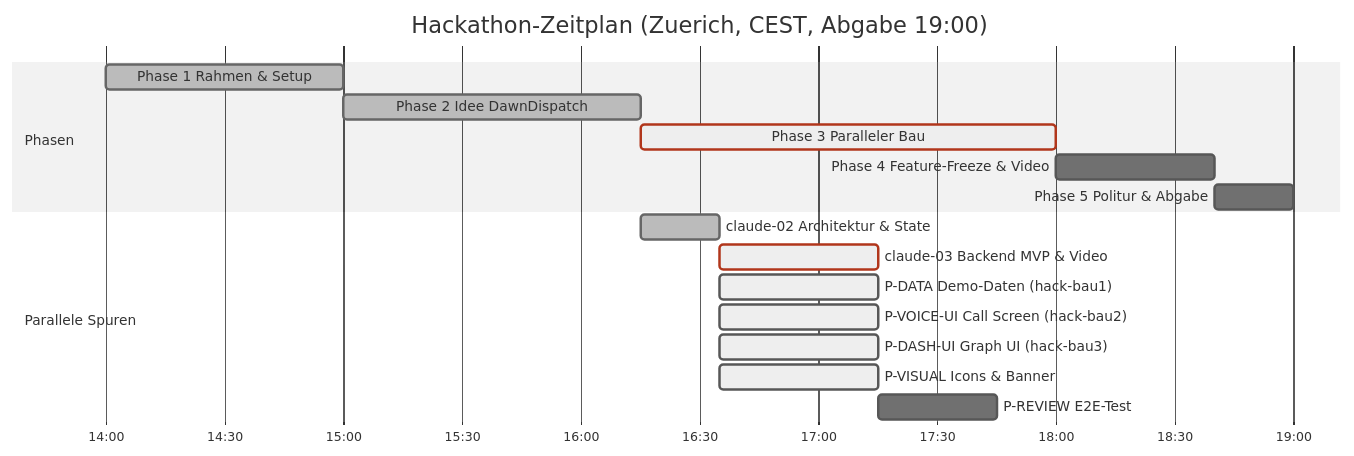
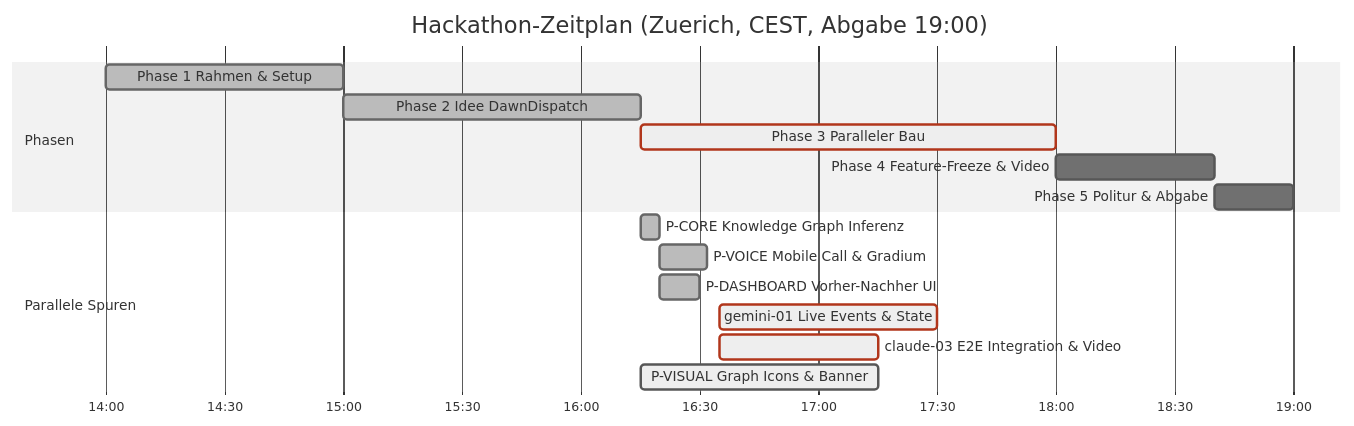
The diagram in STAND.md (Philipp2agent/agentic-hack-google), drawn with Mermaid (neutral theme) before and after one commit. The commit also changed other lines of this file, not shown here.

Commit message:
docs(stand,auftraege): claude-03 fuer E2E Integration & Video-Tools hinterlegt

````diff
--- a/STAND.md
+++ b/STAND.md
@@ -23,20 +22,19 @@
 ```mermaid
 gantt
   title Hackathon-Zeitplan (Zuerich, CEST, Abgabe 19:00)
   dateFormat HH:mm
   axisFormat %H:%M
   section Phasen
   Phase 1 Rahmen & Setup         :done, p1, 14:00, 15:00
   Phase 2 Idee DawnDispatch      :done, p2, 15:00, 16:15
   Phase 3 Paralleler Bau         :crit, active, p3, 16:15, 18:00
   Phase 4 Feature-Freeze & Video :p4, 18:00, 18:40
   Phase 5 Politur & Abgabe       :p5, 18:40, 19:00
   section Parallele Spuren
-  claude-02 Architektur & State   :done, c2, 16:15, 16:35
-  claude-03 Backend MVP & Video   :crit, active, c3, 16:35, 17:15
-  P-DATA Demo-Daten (hack-bau1)   :active, p_dat, 16:35, 17:15
-  P-VOICE-UI Call Screen (hack-bau2) :active, p_vui, 16:35, 17:15
-  P-DASH-UI Graph UI (hack-bau3)  :active, p_dui, 16:35, 17:15
-  P-VISUAL Icons & Banner         :active, p_vis, 16:35, 17:15
-  P-REVIEW E2E-Test               :p_rev, 17:15, 17:45
+  P-CORE Knowledge Graph Inferenz   :done, p_core, 16:15, 16:20
+  P-VOICE Mobile Call & Gradium     :done, p_voi, 16:20, 16:32
+  P-DASHBOARD Vorher-Nachher UI     :done, p_dash, 16:20, 16:30
+  gemini-01 Live Events & State     :crit, active, p_gem1, 16:35, 17:30
+  claude-03 E2E Integration & Video :crit, active, p_cl3, 16:35, 17:15
+  P-VISUAL Graph Icons & Banner     :active, p_vis, 16:15, 17:15
 ```
````
